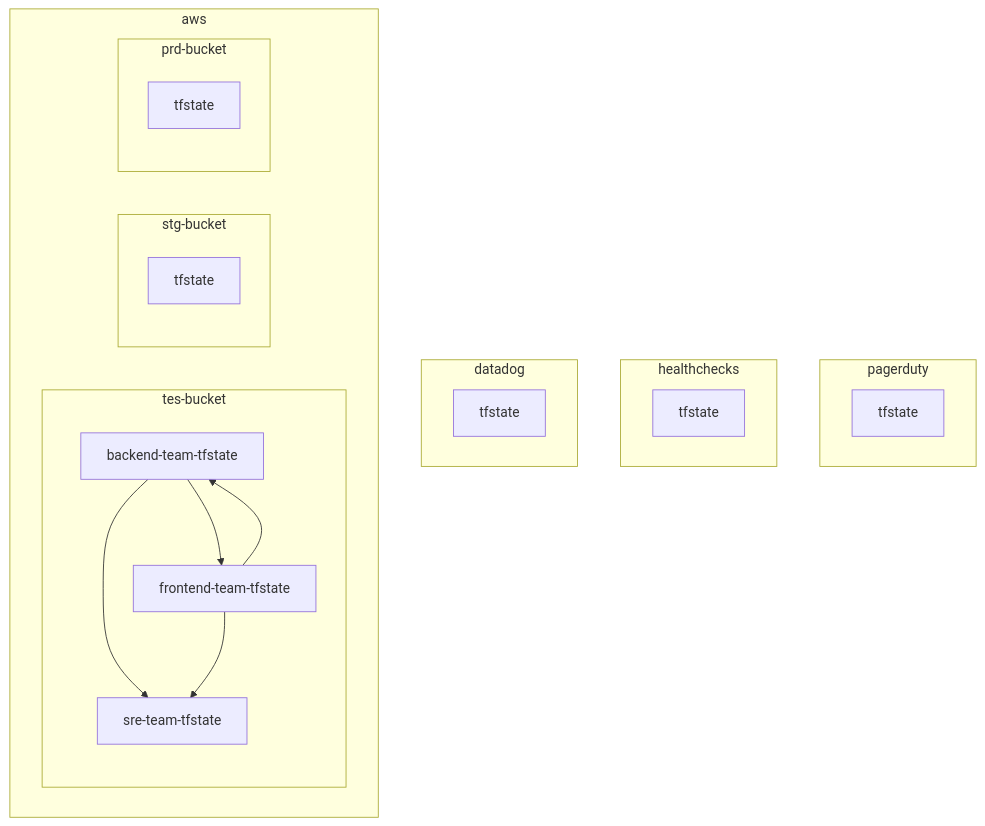
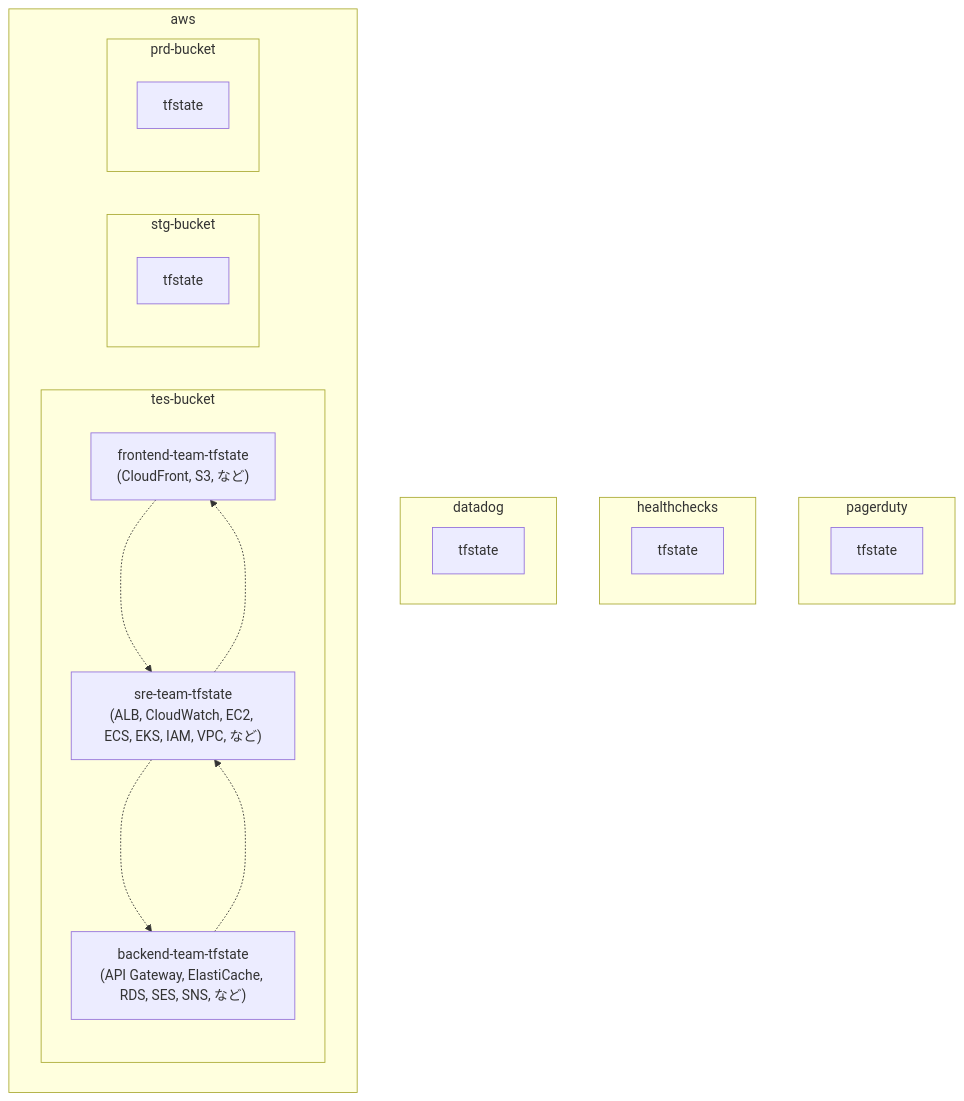
Before and after one commit to hiroki-it/tech-notebook: the fourth of 8 diagrams in docs/infrastructure_as_code/infrastructure_as_code_terraform_policy_tfstate.md, drawn with Mermaid. The commit also changed other lines of this file and 2 other files, not shown here.

````diff
--- a/docs/infrastructure_as_code/infrastructure_as_code_terraform_policy_tfstate.md
+++ b/docs/infrastructure_as_code/infrastructure_as_code_terraform_policy_tfstate.md
@@ -558,26 +582,30 @@
 ```mermaid
-graph TB
+%%{init:{'theme':'natural'}}%%
+flowchart TB
     subgraph pagerduty
         Pagerduty[tfstate]
     end
     subgraph healthchecks
         Healthchecks[tfstate]
     end
     subgraph datadog
         Datadog[tfstate]
     end
     subgraph aws
         subgraph tes-bucket
-            Backend[backend-team-tfstate]-->Frontend
-            Frontend[frontend-team-tfstate]-->Backend
-            Backend-->Sre[sre-team-tfstate]
-            Frontend-->Sre[sre-team-tfstate]
+            Frontend["frontend-team-tfstate<br>(CloudFront, S3, など)"]
+            Backend["backend-team-tfstate<br>(API Gateway, ElastiCache, RDS, SES, SNS, など)"]
+            Sre["sre-team-tfstate<br>(ALB, CloudWatch, EC2, ECS, EKS, IAM, VPC, など)"]
+            Frontend-..->Sre
+            Backend-..->Sre
+            Sre-..->Frontend
+            Sre-..->Backend
         end
     subgraph stg-bucket
         Stg[tfstate]
     end
     subgraph prd-bucket
         Prd[tfstate]
     end
     end
 ```
````
